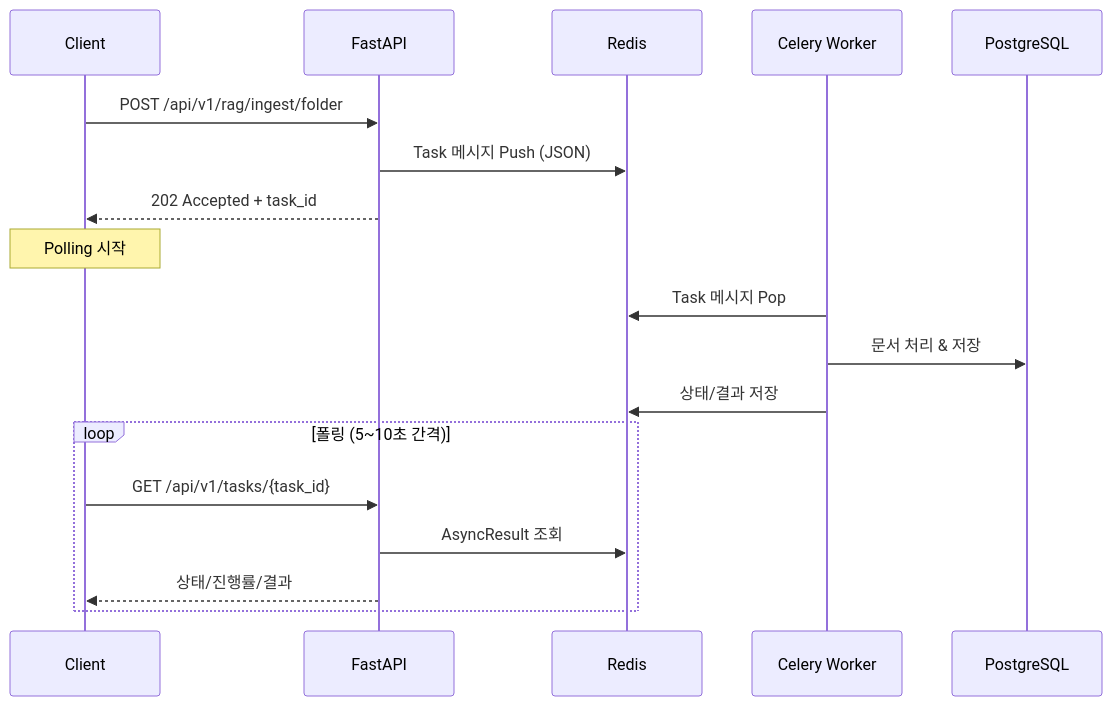
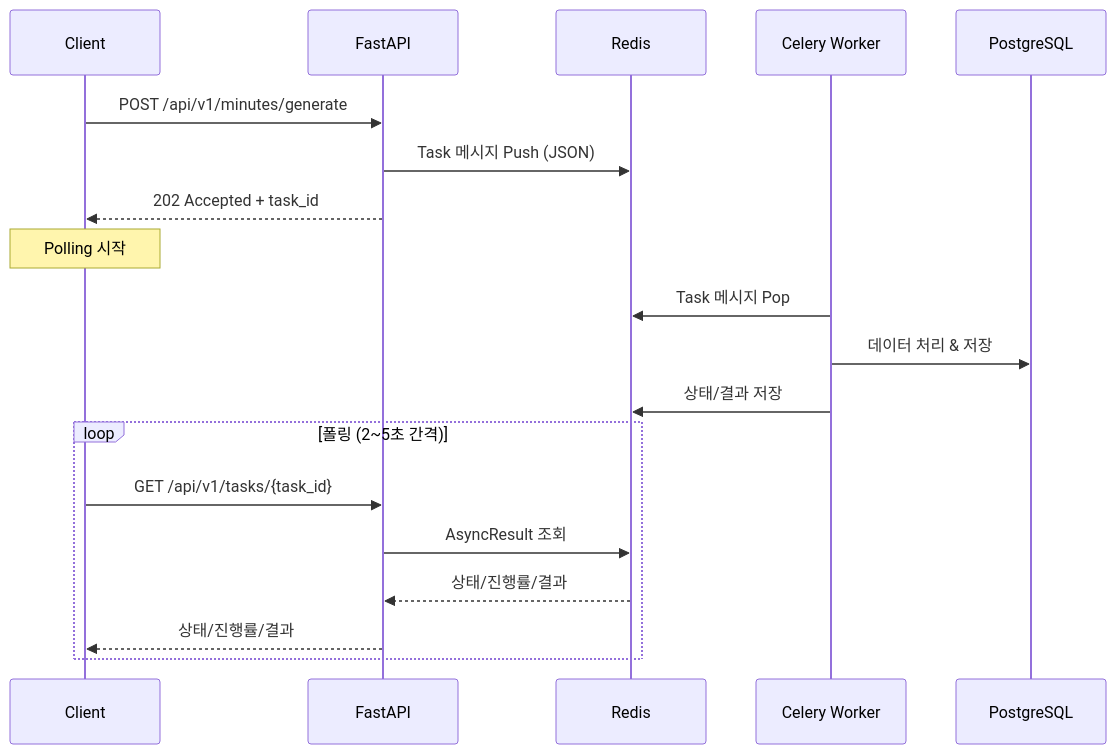
The diagram in docs/ASYNC_API_SPEC.md (gun9212/2025Winter_4th), drawn with Mermaid before and after one commit. The commit also changed other lines of this file and 3 other files, not shown here.

Commit message:
"fix: API, DB스키마, Celery Task, 추가 기능 FLOW 마크다운 파일 최신화 반영"

````diff
--- a/docs/ASYNC_API_SPEC.md
+++ b/docs/ASYNC_API_SPEC.md
@@ -15,24 +14,25 @@
 ```mermaid
 sequenceDiagram
     participant Client
     participant FastAPI
     participant Redis
     participant Celery Worker
     participant PostgreSQL
 
-    Client->>FastAPI: POST /api/v1/rag/ingest/folder
+    Client->>FastAPI: POST /api/v1/minutes/generate
     FastAPI->>Redis: Task 메시지 Push (JSON)
     FastAPI-->>Client: 202 Accepted + task_id
 
     Note over Client: Polling 시작
 
     Celery Worker->>Redis: Task 메시지 Pop
-    Celery Worker->>PostgreSQL: 문서 처리 & 저장
+    Celery Worker->>PostgreSQL: 데이터 처리 & 저장
     Celery Worker->>Redis: 상태/결과 저장
 
-    loop 폴링 (5~10초 간격)
+    loop 폴링 (2~5초 간격)
         Client->>FastAPI: GET /api/v1/tasks/{task_id}
         FastAPI->>Redis: AsyncResult 조회
+        Redis-->>FastAPI: 상태/진행률/결과
         FastAPI-->>Client: 상태/진행률/결과
     end
 ```
````
